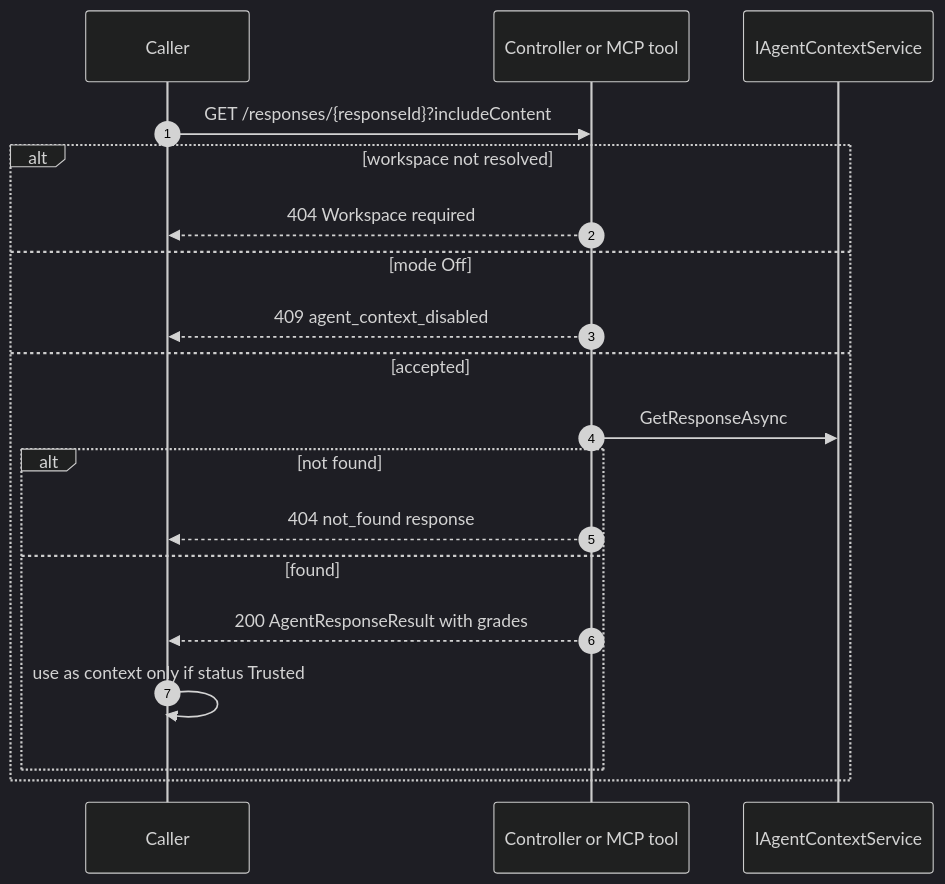
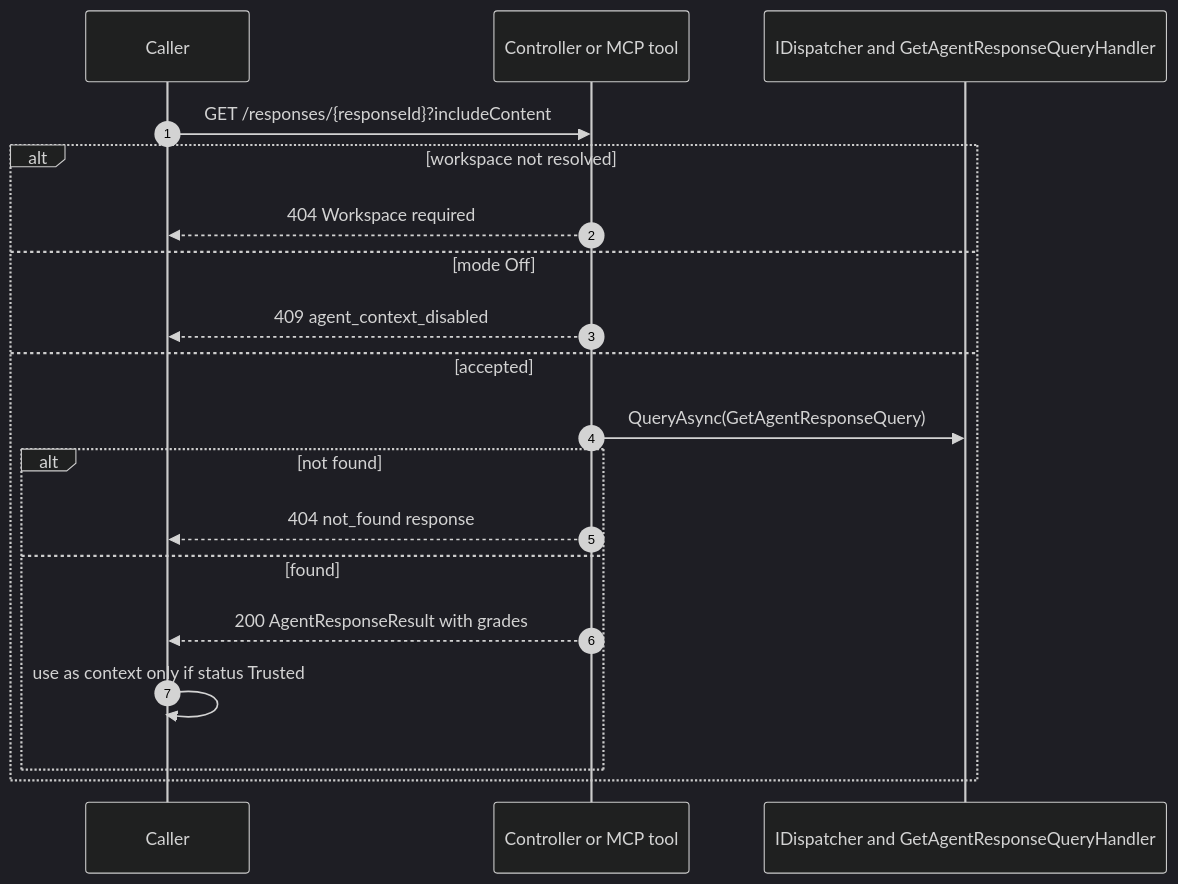
Diagram 33 of 59 in docs/Stateless-Agent-Context-Management.md (sharpninja/McpServer), drawn with Mermaid (dark theme) before and after one commit. The commit also changed other lines of this file and 2 other files, not shown here.

````diff
--- a/docs/Stateless-Agent-Context-Management.md
+++ b/docs/Stateless-Agent-Context-Management.md
@@ -1163,21 +1180,21 @@
 ```mermaid
 sequenceDiagram
     autonumber
     participant Caller
     participant API as Controller or MCP tool
-    participant SVC as IAgentContextService
+    participant SVC as IDispatcher and GetAgentResponseQueryHandler
     Caller->>API: GET /responses/{responseId}?includeContent
     alt workspace not resolved
         API-->>Caller: 404 Workspace required
     else mode Off
         API-->>Caller: 409 agent_context_disabled
     else accepted
-        API->>SVC: GetResponseAsync
+        API->>SVC: QueryAsync(GetAgentResponseQuery)
         alt not found
             API-->>Caller: 404 not_found response
         else found
             API-->>Caller: 200 AgentResponseResult with grades
             Caller->>Caller: use as context only if status Trusted
         end
     end
 ```
````
